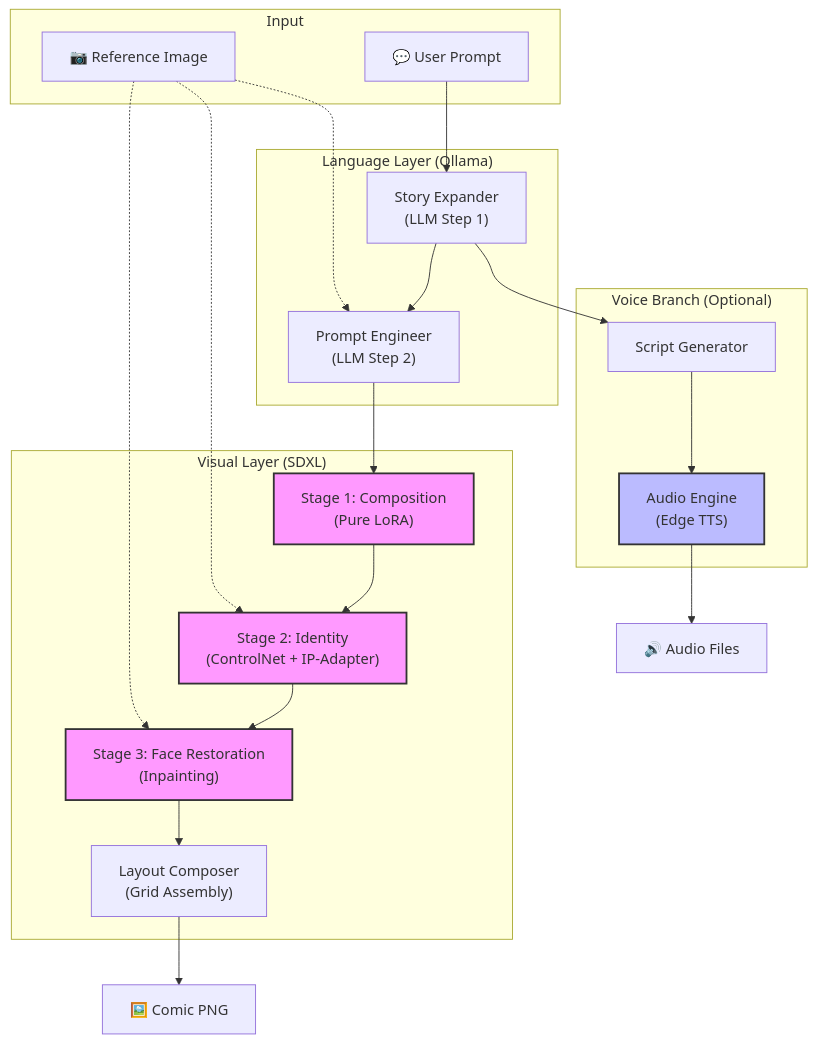
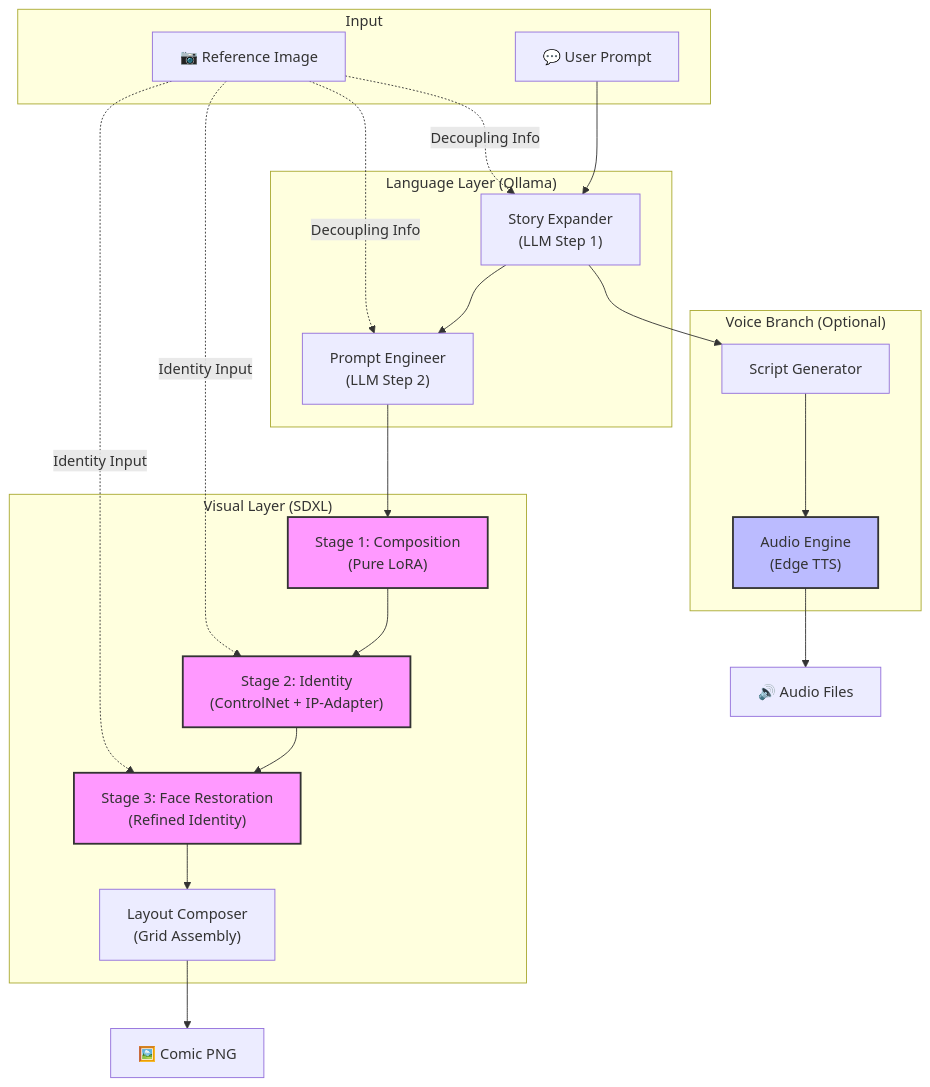
Before and after one commit to lpy888999/sd-manga-gen: the diagram in README.md, drawn with Mermaid.

Commit message:
docs: refine diagram to show all reference image dependencies (C, D, F, FX)

````diff
--- a/README.md
+++ b/README.md
@@ -10,46 +10,47 @@
 ```mermaid
 flowchart TD
     subgraph Input
         A["📷 Reference Image"]
         B["💬 User Prompt"]
     end
 
     subgraph "Language Layer (Ollama)"
         C["Story Expander\n(LLM Step 1)"]
         D["Prompt Engineer\n(LLM Step 2)"]
     end
 
     subgraph "Visual Layer (SDXL)"
         E["Stage 1: Composition\n(Pure LoRA)"]
         F["Stage 2: Identity\n(ControlNet + IP-Adapter)"]
-        FX["Stage 3: Face Restoration\n(Inpainting)"]
+        FX["Stage 3: Face Restoration\n(Refined Identity)"]
         G["Layout Composer\n(Grid Assembly)"]
     end
 
     subgraph "Voice Branch (Optional)"
         H["Script Generator"]
         I["Audio Engine\n(Edge TTS)"]
     end
 
     B --> C
     C --> D
     D --> E
     E --> F
     F --> FX
     FX --> G
     
     C --> H
     H --> I
     
-    A -.-> D
-    A -.-> F
-    A -.-> FX
+    A -. "Decoupling Info" .-> C
+    A -. "Decoupling Info" .-> D
+    A -. "Identity Input" .-> F
+    A -. "Identity Input" .-> FX
     
     G --> K["🖼️ Comic PNG"]
     I --> L["🔊 Audio Files"]
 
     style E fill:#f9f,stroke:#333,stroke-width:2px
     style F fill:#f9f,stroke:#333,stroke-width:2px
     style FX fill:#f9f,stroke:#333,stroke-width:2px
     style I fill:#bbf,stroke:#333,stroke-width:2px
 ```
````
